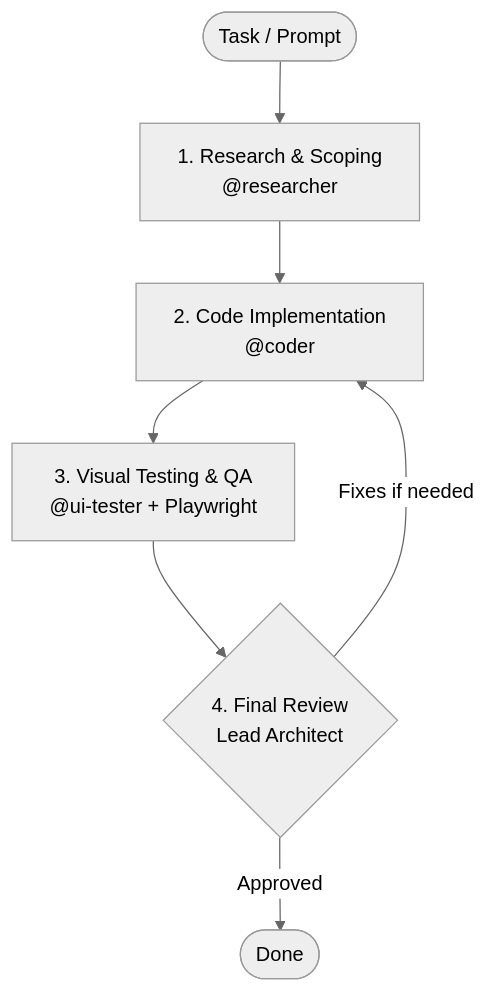
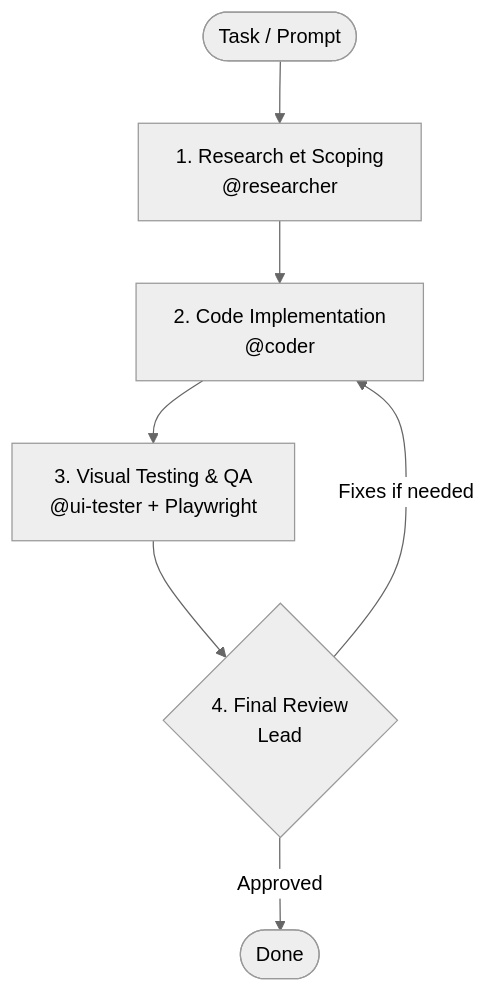
Before and after one commit to lyko27/worflow-AI: the diagram in README.md, drawn with Mermaid (neutral theme). The commit also changed other lines of this file and 1 other file, not shown here.

Commit message:
docs : proofreading of the readMe

````diff
--- a/README.md
+++ b/README.md
@@ -15,9 +15,9 @@
 ```mermaid
 flowchart TD
-    Start([Task / Prompt]) --> P1[1. Research & Scoping\n@researcher]
+    Start([Task / Prompt]) --> P1[1. Research et Scoping\n@researcher]
     P1 --> P2[2. Code Implementation\n@coder]
     P2 --> P3[3. Visual Testing & QA\n@ui-tester + Playwright]
-    P3 --> P4{4. Final Review\nLead Architect}
+    P3 --> P4{4. Final Review\nLead}
     P4 -- Fixes if needed --> P2
     P4 -- Approved --> End([Done])
 ```
````
